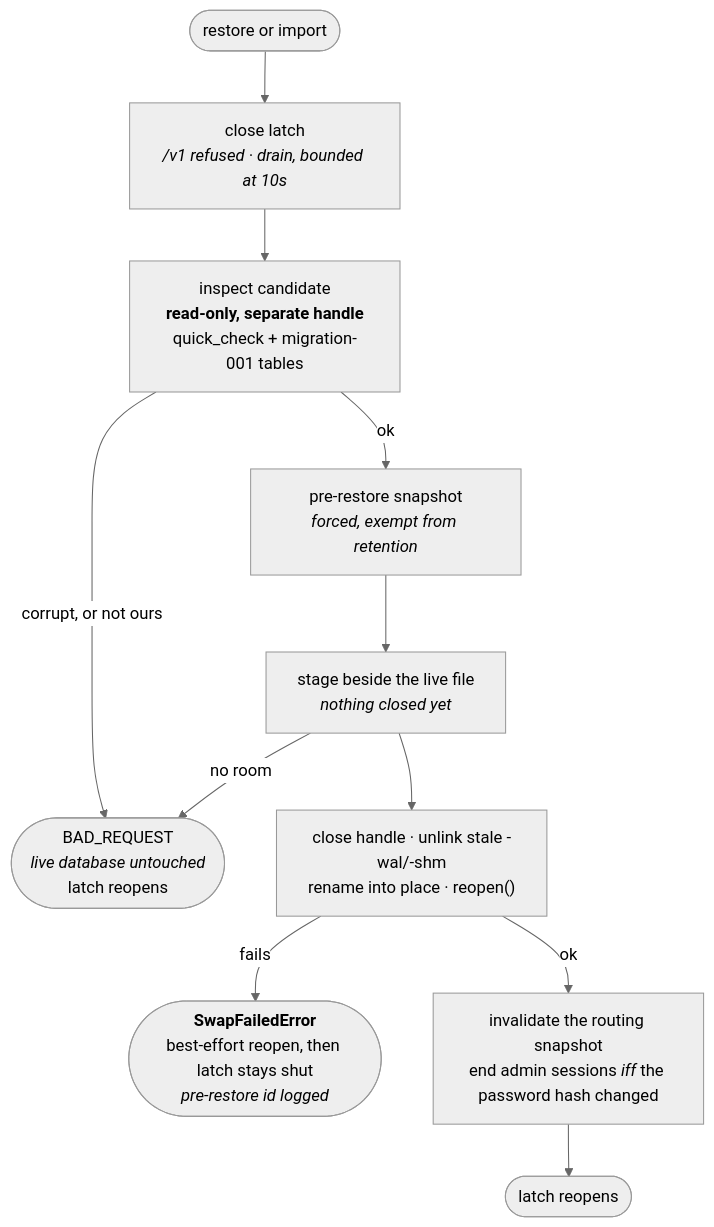
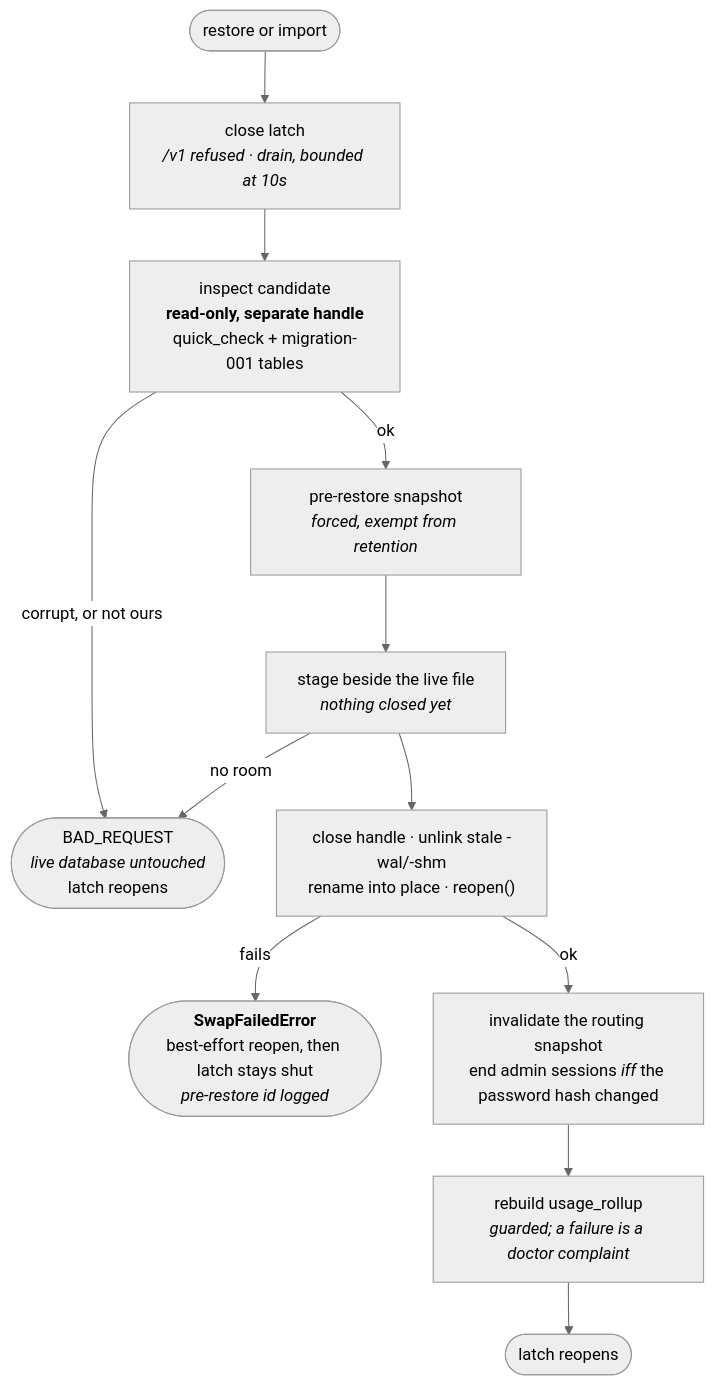
One commit to harismawan/omnigateway changed the seventh of 9 diagrams in ARCHITECTURE.md. Above: the diagram before and after it, drawn with Mermaid (neutral theme). The commit also changed other lines of this file and 1 other file, not shown here.

````diff
--- a/ARCHITECTURE.md
+++ b/ARCHITECTURE.md
@@ -403,13 +403,14 @@
 ```mermaid
 flowchart TD
   req(["restore or import"]) --> latch["close latch<br/><i>/v1 refused · drain, bounded at 10s</i>"]
   latch --> insp["inspect candidate<br/><b>read-only, separate handle</b><br/>quick_check + migration-001 tables"]
   insp -- "corrupt, or not ours" --> abort(["BAD_REQUEST<br/><i>live database untouched</i><br/>latch reopens"])
   insp -- ok --> undo["pre-restore snapshot<br/><i>forced, exempt from retention</i>"]
   undo --> stage["stage beside the live file<br/><i>nothing closed yet</i>"]
   stage -- "no room" --> abort
   stage --> swap["close handle · unlink stale -wal/-shm<br/>rename into place · reopen()"]
   swap -- fails --> wedged(["<b>SwapFailedError</b><br/>best-effort reopen, then latch stays shut<br/><i>pre-restore id logged</i>"])
   swap -- ok --> inval["invalidate the routing snapshot<br/>end admin sessions <i>iff</i> the password hash changed"]
-  inval --> open(["latch reopens"])
+  inval --> roll["rebuild usage_rollup<br/><i>guarded; a failure is a doctor complaint</i>"]
+  roll --> open(["latch reopens"])
 ```
````
